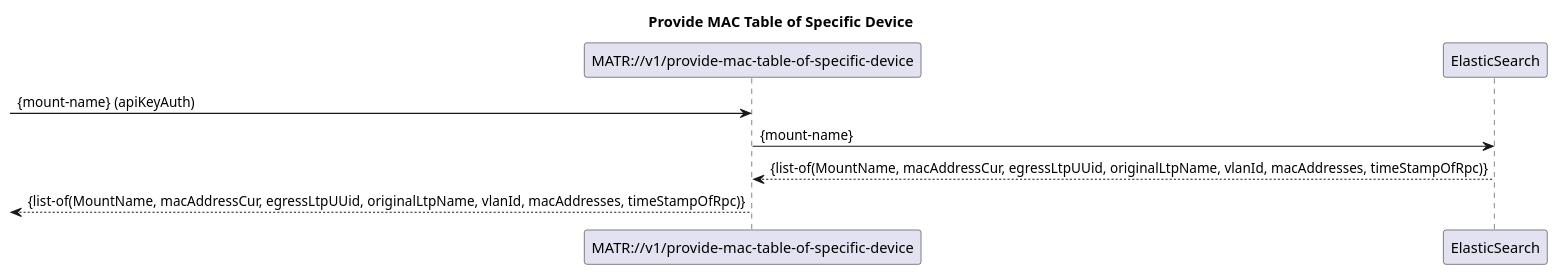
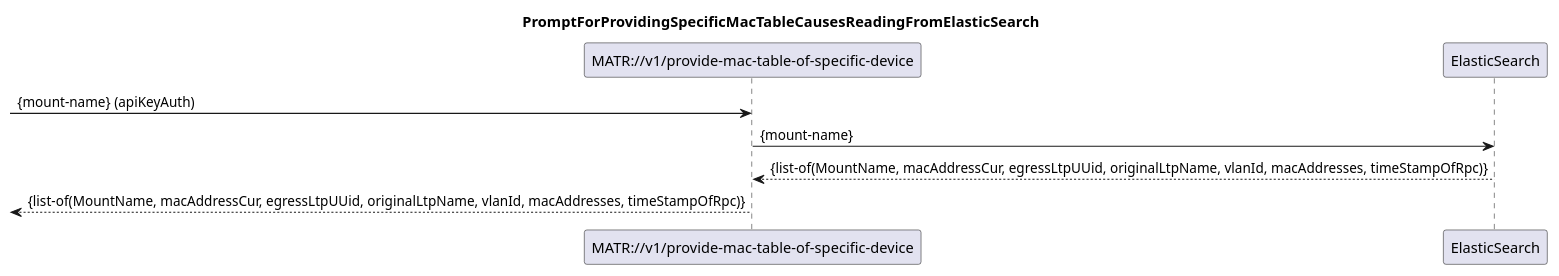
The diagram in spec/diagrams/04x_ProvideMacTableOfSpecificDevice.plantuml (openBackhaul/MacAddressTableRecorder), drawn with PlantUML before and after one commit. The commit also changed 18 other files, not shown here.

```diff
--- a/spec/diagrams/04x_ProvideMacTableOfSpecificDevice.plantuml
+++ b/spec/diagrams/04x_ProvideMacTableOfSpecificDevice.plantuml
@@ -1,16 +1,16 @@
 @startuml 04x_ProvideMacTableOfSpecificDevice
 skinparam responseMessageBelowArrow true
 
-title Provide MAC Table of Specific Device
+title PromptForProvidingSpecificMacTableCausesReadingFromElasticSearch
 
 participant "MATR://v1/provide-mac-table-of-specific-device"
 participant "ElasticSearch"
 
 [-> "MATR://v1/provide-mac-table-of-specific-device": {mount-name} (apiKeyAuth)
 
 "MATR://v1/provide-mac-table-of-specific-device" -> "ElasticSearch": {mount-name}
 "ElasticSearch" --> "MATR://v1/provide-mac-table-of-specific-device": {list-of(MountName, macAddressCur, egressLtpUUid, originalLtpName, vlanId, macAddresses, timeStampOfRpc)}
 
 [<--"MATR://v1/provide-mac-table-of-specific-device": {list-of(MountName, macAddressCur, egressLtpUUid, originalLtpName, vlanId, macAddresses, timeStampOfRpc)}
 
 @enduml
```
